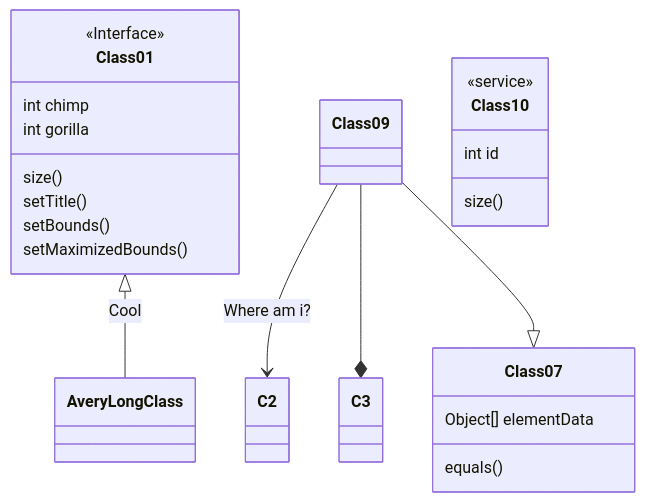
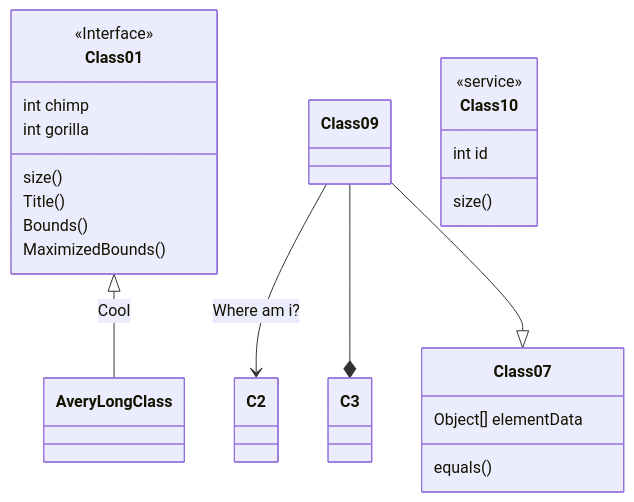
Before and after one commit to kawin101/Java_GUI_CRUD_CSV: the third of 3 diagrams in README.md, drawn with Mermaid.

````diff
--- a/README.md
+++ b/README.md
@@ -33,21 +33,21 @@
 ```mermaid
 classDiagram
 Class01 <|-- AveryLongClass : Cool
 <<Interface>> Class01
 Class09 --> C2 : Where am i?
 Class09 --* C3
 Class09 --|> Class07
 Class07 : equals()
 Class07 : Object[] elementData
 Class01 : size()
-Class01 : setTitle()
-Class01 : setBounds()
-Class01 : setMaximizedBounds()
+Class01 : Title()
+Class01 : Bounds()
+Class01 : MaximizedBounds()
 Class01 : int chimp
 Class01 : int gorilla
 class Class10 {
   <<service>>
   int id
   size()
 }
 ```
````
